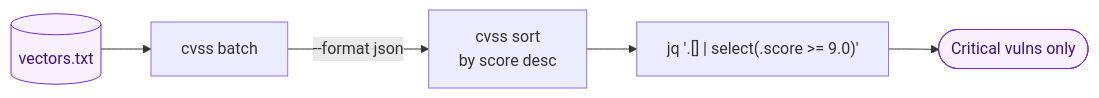
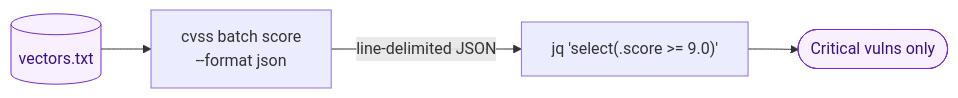
One commit to scagogogo/cvss-skills changed the second of 2 diagrams in website/cli.md. Above: the diagram before and after it, drawn with Mermaid. The commit also changed other lines of this file and 1 other file, not shown here.

First line of the commit message:
docs: fix incorrect batch->sort->jq pipeline in CLI docs

````diff
--- a/website/cli.md
+++ b/website/cli.md
@@ -121,10 +121,9 @@
 ```mermaid
 flowchart LR
-    F[("vectors.txt")] --> B["cvss batch"]
-    B -->|"--format json"| S["cvss sort<br/>by score desc"]
-    S --> J["jq '.[] | select(.score >= 9.0)'"]
+    F[("vectors.txt")] --> B["cvss batch score<br/>--format json"]
+    B -->|"line-delimited JSON"| J["jq 'select(.score >= 9.0)'"]
     J --> Out(["Critical vulns only"])
 
     classDef io fill:#f9f0ff,stroke:#722ed1,color:#391085;
     class F,Out io;
 ```
````
